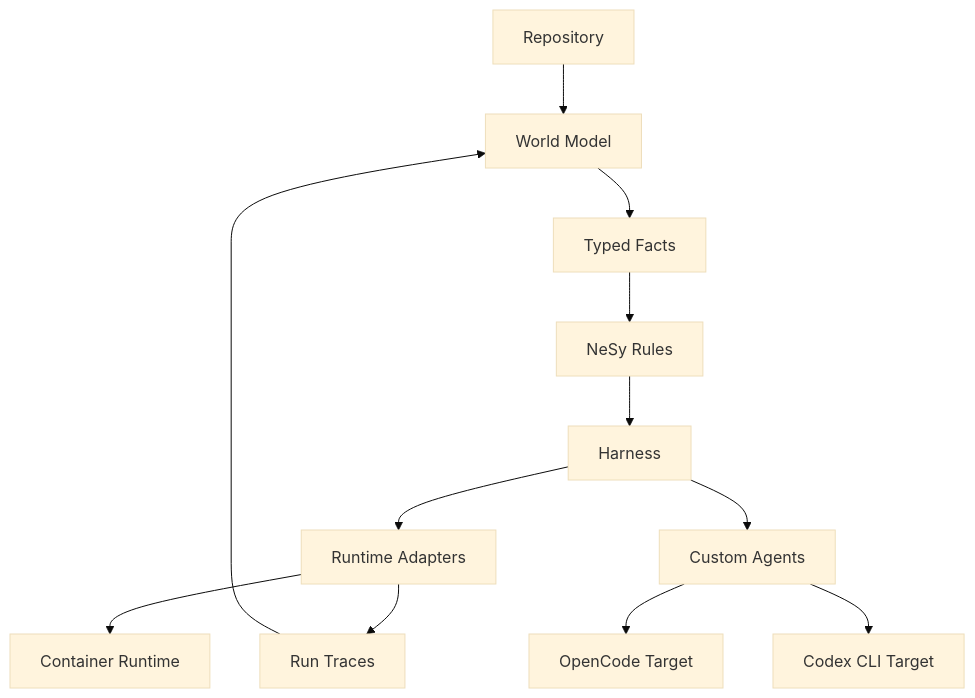
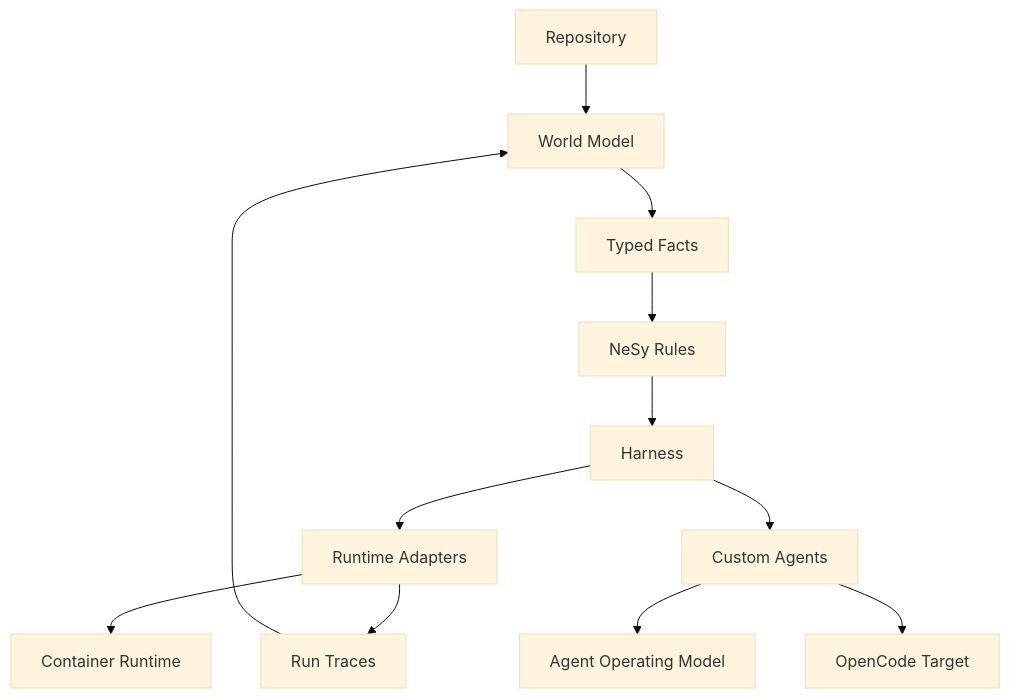
Before and after one commit to kmosoti/blackcell: the diagram in docs/atlas/graph.md, drawn with Mermaid (base theme). The commit also changed other lines of this file and 76 other files, not shown here.

````diff
--- a/docs/atlas/graph.md
+++ b/docs/atlas/graph.md
@@ -18,14 +18,14 @@
 ```mermaid
 graph TD
     Repo[Repository] --> World[World Model]
     World --> Facts[Typed Facts]
     Facts --> NeSy[NeSy Rules]
     NeSy --> Harness[Harness]
     Harness --> Runtime[Runtime Adapters]
     Runtime --> Trace[Run Traces]
     Trace --> World
     Harness --> Agents[Custom Agents]
+    Agents --> AgentModel[Agent Operating Model]
     Agents --> OpenCode[OpenCode Target]
-    Agents --> Codex[Codex CLI Target]
     Runtime --> Container[Container Runtime]
 ```
````
